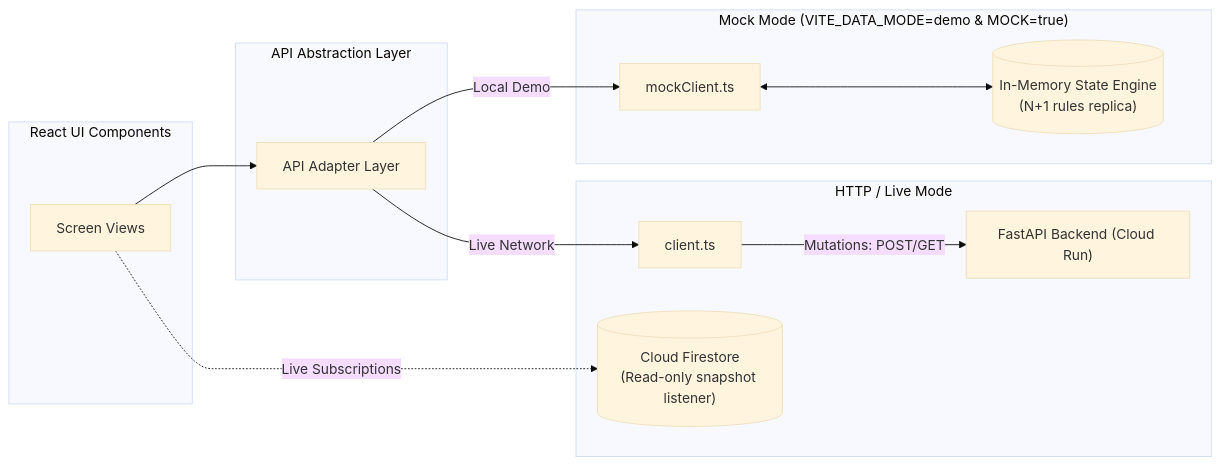
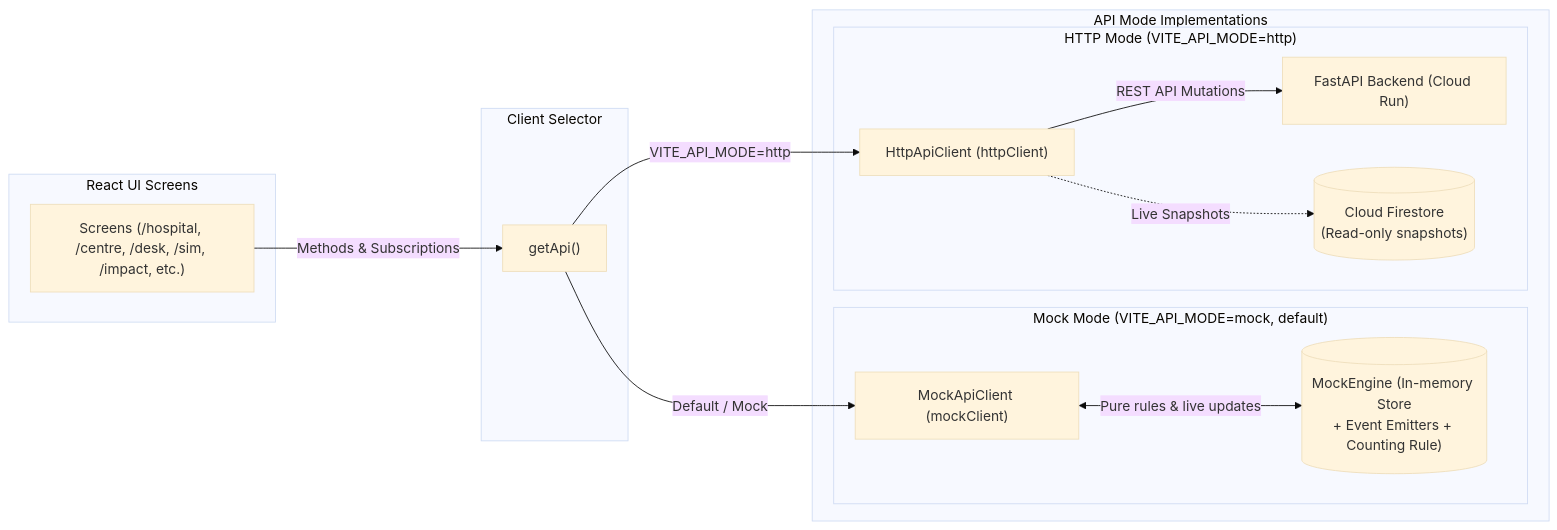
One commit to Prakash-02/uyir2uyir changed the diagram in docs/FRONTEND.md. Above: the diagram before and after it, drawn with Mermaid (base theme). The commit also changed other lines of this file and 11 other files, not shown here.

Commit message:
feat(frontend): typed API client, mock engine with counting rule, fixtures, story runner

````diff
--- a/docs/FRONTEND.md
+++ b/docs/FRONTEND.md
@@ -82,29 +84,31 @@
 ```mermaid
 flowchart LR
-    subgraph UI["React UI Components"]
-        VIEW["Screen Views"]
+    subgraph UI["React UI Screens"]
+        SCREENS["Screens (/hospital, /centre, /desk, /sim, /impact, etc.)"]
     end
 
-    subgraph Service["API Abstraction Layer"]
-        ADAPT["API Adapter Layer"]
+    subgraph Selector["Client Selector"]
+        GETAPI["getApi()"]
     end
 
-    subgraph ModeMock["Mock Mode (VITE_DATA_MODE=demo & MOCK=true)"]
-        MCLIENT["mockClient.ts"]
-        MSTORE[("In-Memory State Engine\n(N+1 rules replica)")]
+    subgraph Modes["API Mode Implementations"]
+        subgraph ModeMock["Mock Mode (VITE_API_MODE=mock, default)"]
+            MCLIENT["MockApiClient (mockClient)"]
+            MENGINE[("MockEngine (In-memory Store\n+ Event Emitters + Counting Rule)")]
+        end
+
+        subgraph ModeHTTP["HTTP Mode (VITE_API_MODE=http)"]
+            HCLIENT["HttpApiClient (httpClient)"]
+            BACKEND["FastAPI Backend (Cloud Run)"]
+            FIRESTORE[("Cloud Firestore\n(Read-only snapshots)")]
+        end
     end
 
-    subgraph ModeHTTP["HTTP / Live Mode"]
-        HCLIENT["client.ts"]
-        API["FastAPI Backend (Cloud Run)"]
-        FS[("Cloud Firestore\n(Read-only snapshot listener)")]
-    end
+    SCREENS -->|Methods & Subscriptions| GETAPI
+    GETAPI -->|Default / Mock| MCLIENT
+    GETAPI -->|VITE_API_MODE=http| HCLIENT
 
-    VIEW --> ADAPT
-    ADAPT -->|Local Demo| MCLIENT
-    MCLIENT <--> MSTORE
-
-    ADAPT -->|Live Network| HCLIENT
-    HCLIENT -->|Mutations: POST/GET| API
-    VIEW -.->|Live Subscriptions| FS
+    MCLIENT <-->|Pure rules & live updates| MENGINE
+    HCLIENT -->|REST API Mutations| BACKEND
+    HCLIENT -.->|Live Snapshots| FIRESTORE
 ```
````
